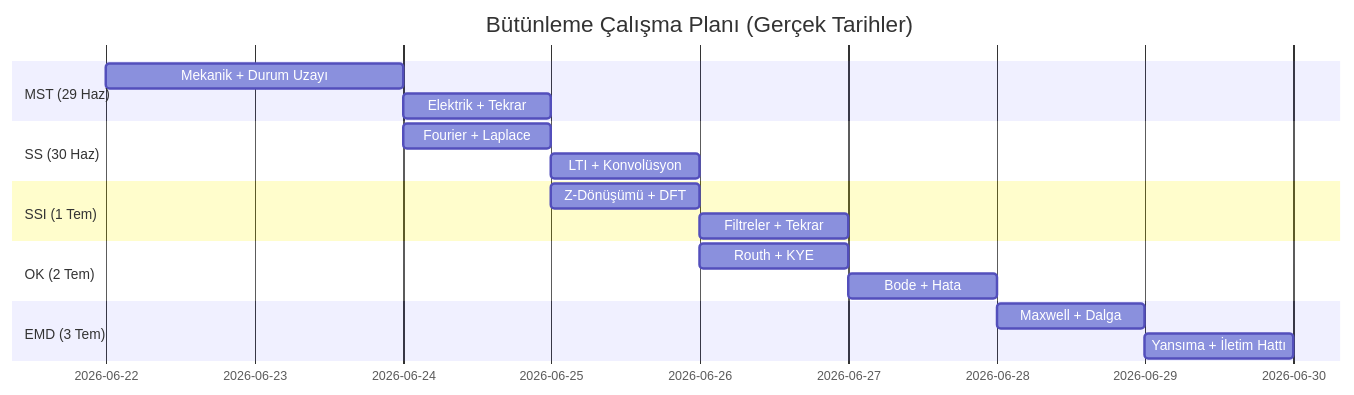
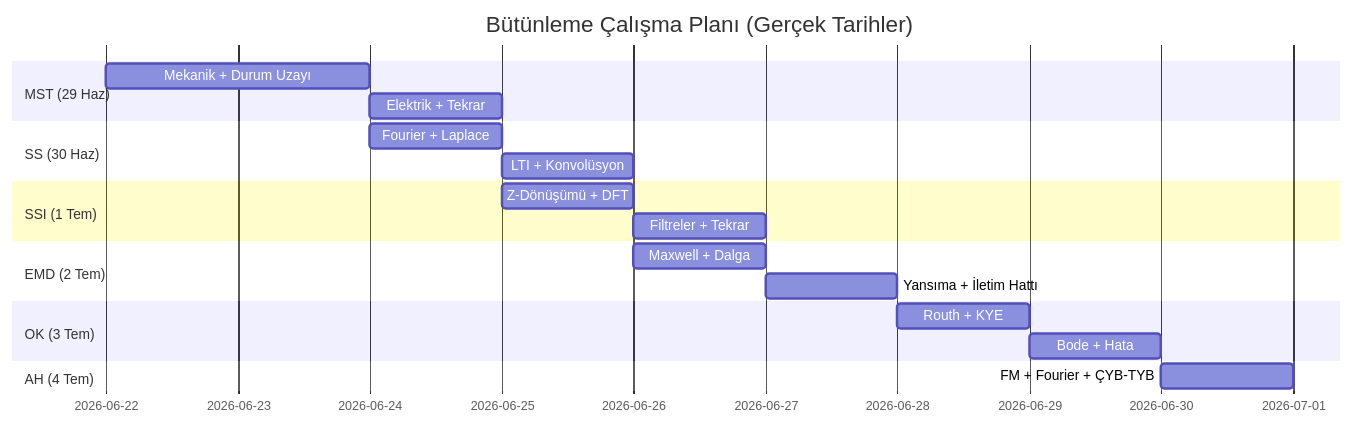
One commit to oguzhandavran/senioryearnotes changed the diagram in 00 Sınav Takvimi ve Strateji.md. Above: the diagram before and after it, drawn with Mermaid. The commit also changed other lines of this file and 1 other file, not shown here.

Commit message:
fix+feat: Sınav takvimi düzeltildi; OK bozucu hata örnekleri eklendi
- 00 Sınav Takvimi: OK↔EMD tarihleri düzeltildi (OK=3 Tem, EMD=2 Tem);
  AH 4 Temmuz 14:00 eklendi
- OK/03 Kararlı Hal Hata Örnekleri: Örnek 4 (Tip 0, üç giriş) +
  Örnek 5 (Bozucu etki formülü + sayısal örnek) eklendi (Görgün slayt 25,37-40)

````diff
--- a/00 Sınav Takvimi ve Strateji.md
+++ b/00 Sınav Takvimi ve Strateji.md
@@ -25,20 +26,22 @@
 ```mermaid
 gantt
     title Bütünleme Çalışma Planı (Gerçek Tarihler)
     dateFormat  YYYY-MM-DD
     section MST (29 Haz)
     Mekanik + Durum Uzayı    :2026-06-22, 2d
     Elektrik + Tekrar        :2026-06-24, 1d
     section SS (30 Haz)
     Fourier + Laplace        :2026-06-24, 1d
     LTI + Konvolüsyon        :2026-06-25, 1d
     section SSI (1 Tem)
     Z-Dönüşümü + DFT        :2026-06-25, 1d
     Filtreler + Tekrar       :2026-06-26, 1d
-    section OK (2 Tem)
-    Routh + KYE              :2026-06-26, 1d
-    Bode + Hata              :2026-06-27, 1d
-    section EMD (3 Tem)
-    Maxwell + Dalga          :2026-06-28, 1d
-    Yansıma + İletim Hattı  :2026-06-29, 1d
+    section EMD (2 Tem)
+    Maxwell + Dalga          :2026-06-26, 1d
+    Yansıma + İletim Hattı  :2026-06-27, 1d
+    section OK (3 Tem)
+    Routh + KYE              :2026-06-28, 1d
+    Bode + Hata              :2026-06-29, 1d
+    section AH (4 Tem)
+    FM + Fourier + ÇYB-TYB  :2026-06-30, 1d
 ```
````
